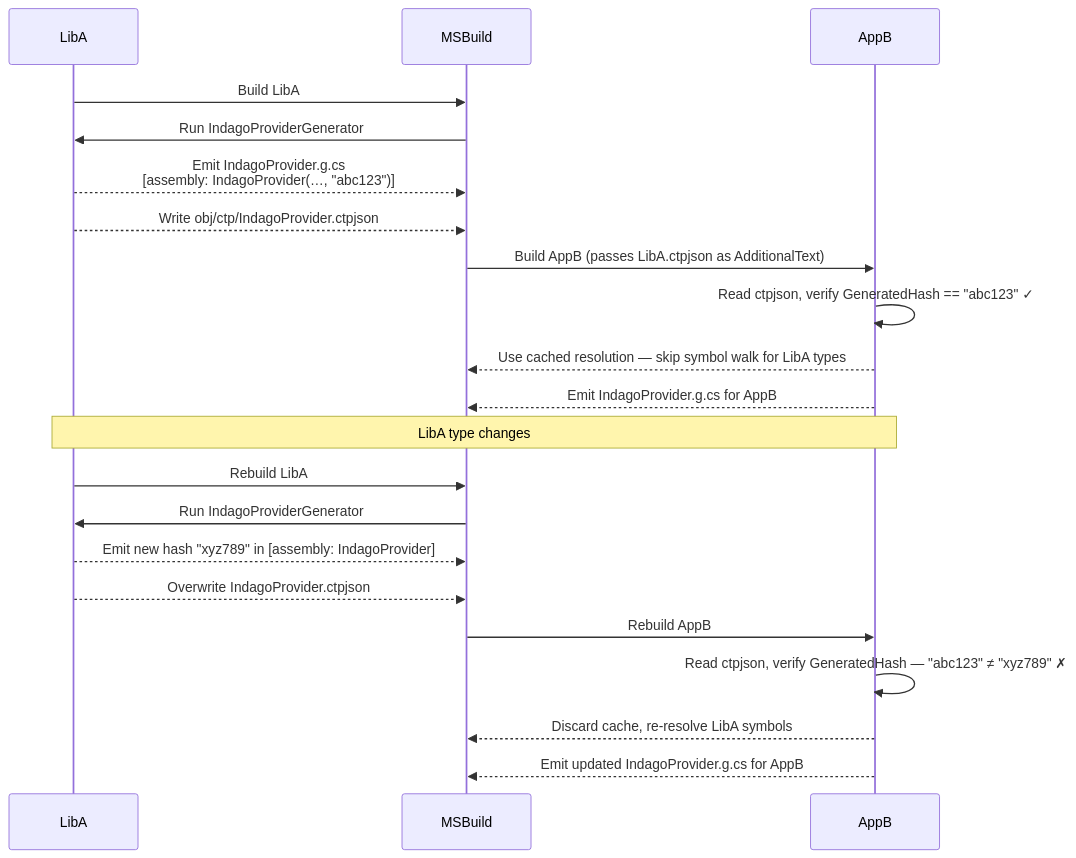
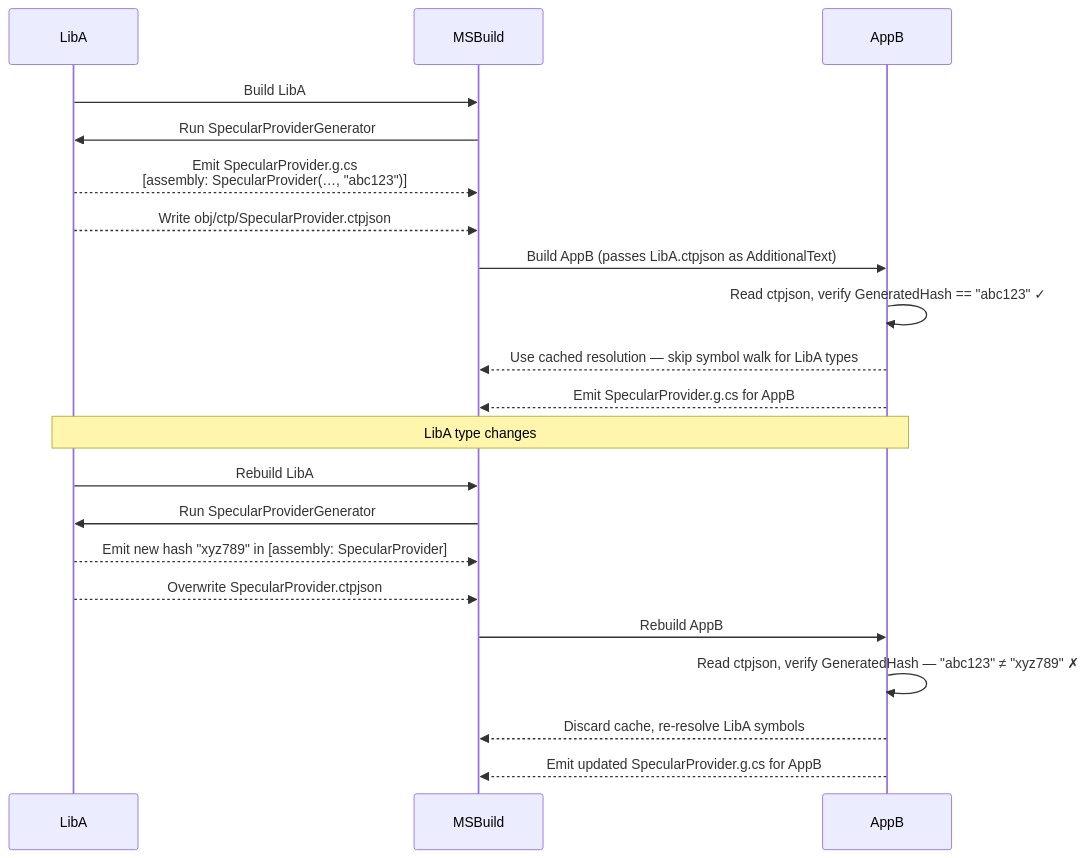
The diagram in docs/src/content/docs/architecture/cross-assembly-caching.md (RocketSurgeonsGuild/Specular), drawn with Mermaid before and after one commit. The commit also changed other lines of this file and 2695 other files, not shown here.

````diff
--- a/docs/src/content/docs/architecture/cross-assembly-caching.md
+++ b/docs/src/content/docs/architecture/cross-assembly-caching.md
@@ -60,28 +60,28 @@
 ```mermaid
 sequenceDiagram
     participant LibA
     participant MSBuild
     participant AppB
 
     LibA->>MSBuild: Build LibA
-    MSBuild->>LibA: Run IndagoProviderGenerator
-    LibA-->>MSBuild: Emit IndagoProvider.g.cs<br/>[assembly: IndagoProvider(…, "abc123")]
-    LibA-->>MSBuild: Write obj/ctp/IndagoProvider.ctpjson
+    MSBuild->>LibA: Run SpecularProviderGenerator
+    LibA-->>MSBuild: Emit SpecularProvider.g.cs<br/>[assembly: SpecularProvider(…, "abc123")]
+    LibA-->>MSBuild: Write obj/ctp/SpecularProvider.ctpjson
 
     MSBuild->>AppB: Build AppB (passes LibA.ctpjson as AdditionalText)
     AppB->>AppB: Read ctpjson, verify GeneratedHash == "abc123" ✓
     AppB-->>MSBuild: Use cached resolution — skip symbol walk for LibA types
-    AppB-->>MSBuild: Emit IndagoProvider.g.cs for AppB
+    AppB-->>MSBuild: Emit SpecularProvider.g.cs for AppB
 
     Note over LibA,AppB: LibA type changes
 
     LibA->>MSBuild: Rebuild LibA
-    MSBuild->>LibA: Run IndagoProviderGenerator
-    LibA-->>MSBuild: Emit new hash "xyz789" in [assembly: IndagoProvider]
-    LibA-->>MSBuild: Overwrite IndagoProvider.ctpjson
+    MSBuild->>LibA: Run SpecularProviderGenerator
+    LibA-->>MSBuild: Emit new hash "xyz789" in [assembly: SpecularProvider]
+    LibA-->>MSBuild: Overwrite SpecularProvider.ctpjson
 
     MSBuild->>AppB: Rebuild AppB
     AppB->>AppB: Read ctpjson, verify GeneratedHash — "abc123" ≠ "xyz789" ✗
     AppB-->>MSBuild: Discard cache, re-resolve LibA symbols
-    AppB-->>MSBuild: Emit updated IndagoProvider.g.cs for AppB
+    AppB-->>MSBuild: Emit updated SpecularProvider.g.cs for AppB
 ```
````
